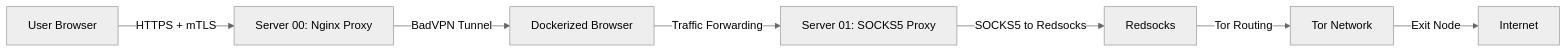
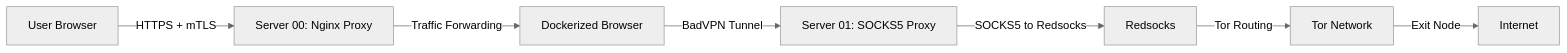
Before and after one commit to Lbelus/mtls_distant_browser: the diagram in README.md, drawn with Mermaid (neutral theme).

````diff
--- a/README.md
+++ b/README.md
@@ -41,9 +41,9 @@
 ```mermaid
 graph LR
     A[User Browser] -->|HTTPS + mTLS| B[Server 00: Nginx Proxy]
-    B -->|BadVPN Tunnel| C[Dockerized Browser]
-    C -->|Traffic Forwarding| D[Server 01: SOCKS5 Proxy]
+    B -->|Traffic Forwarding| C[Dockerized Browser]
+    C -->|BadVPN Tunnel| D[Server 01: SOCKS5 Proxy]
     D -->|SOCKS5 to Redsocks| E[Redsocks]
     E -->|Tor Routing| F[Tor Network]
     F -->|Exit Node| G[Internet]
 ```
````
